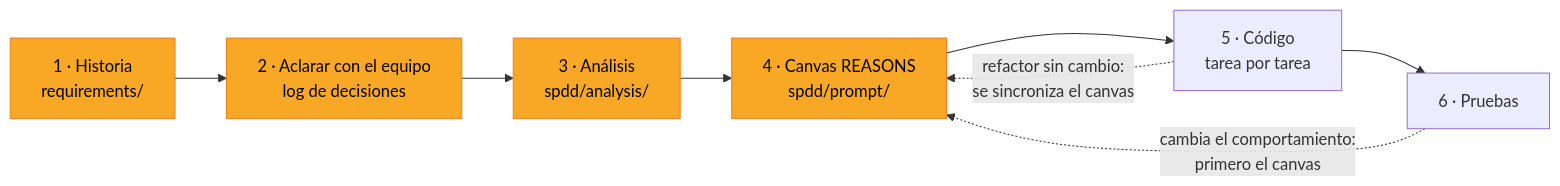
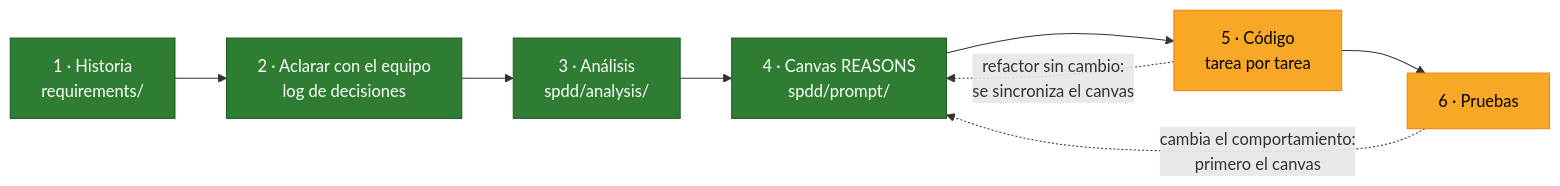
One commit to Maria-Fernanda-Ruiz/Chat-distribuido changed the first of 2 diagrams in README.md. Above: the diagram before and after it, drawn with Mermaid. The commit also changed other lines of this file and 3 other files, not shown here.

````diff
--- a/README.md
+++ b/README.md
@@ -23,16 +24,14 @@
 ```mermaid
 flowchart LR
     H["1 · Historia<br/>requirements/"] --> C["2 · Aclarar con el equipo<br/>log de decisiones"]
     C --> AN["3 · Análisis<br/>spdd/analysis/"]
     AN --> CV["4 · Canvas REASONS<br/>spdd/prompt/"]
     CV --> G["5 · Código<br/>tarea por tarea"]
     G --> T["6 · Pruebas"]
     T -.->|"cambia el comportamiento:<br/>primero el canvas"| CV
     G -.->|"refactor sin cambio:<br/>se sincroniza el canvas"| CV
     classDef hecho fill:#2e7d32,stroke:#1b5e20,color:#ffffff
     classDef actual fill:#f9a825,stroke:#f57f17,color:#000000
-    class H actual
-    class C actual
-    class AN actual
-    class CV actual
+    class H,C,AN,CV hecho
+    class G,T actual
 ```
````
